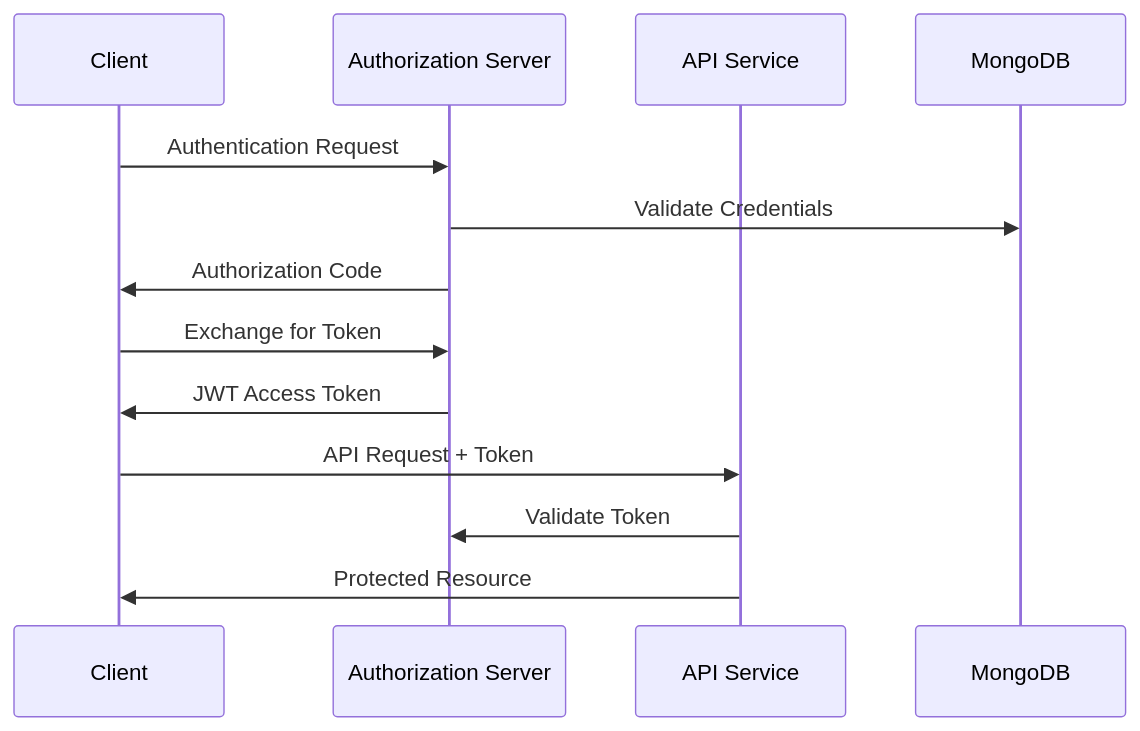
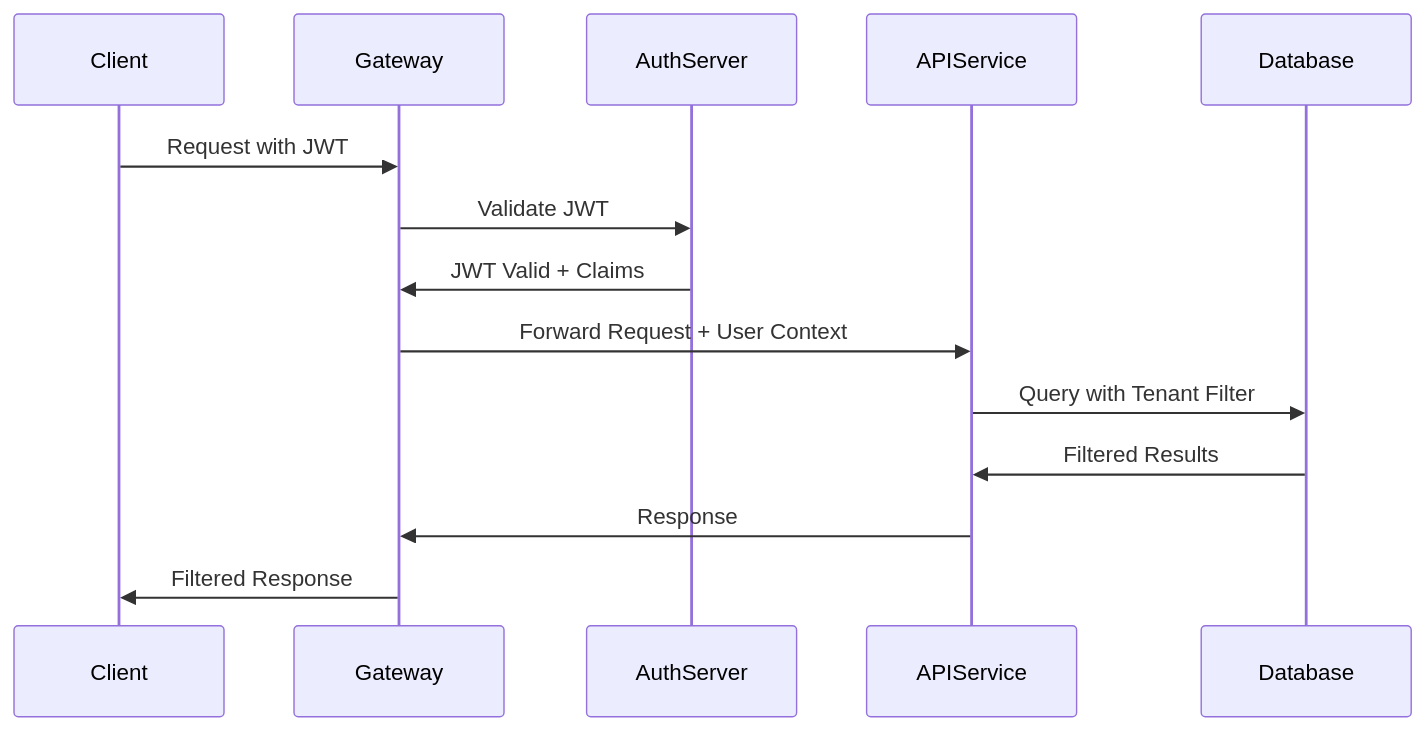
The eighth of 11 diagrams in docs/development/architecture/README.md (Praesto-Pro/openframe-oss-tenant), drawn with Mermaid before and after one commit. The commit also changed other lines of this file and 214 other files, not shown here.

````diff
--- a/docs/development/architecture/README.md
+++ b/docs/development/architecture/README.md
@@ -115,16 +391,17 @@
 ```mermaid
 sequenceDiagram
     participant Client
-    participant AuthServer as Authorization Server
-    participant ResourceServer as API Service
-    participant Database as MongoDB
-
-    Client->>AuthServer: Authentication Request
-    AuthServer->>Database: Validate Credentials
-    AuthServer->>Client: Authorization Code
-    Client->>AuthServer: Exchange for Token
-    AuthServer->>Client: JWT Access Token
-    Client->>ResourceServer: API Request + Token
-    ResourceServer->>AuthServer: Validate Token
-    ResourceServer->>Client: Protected Resource
+    participant Gateway
+    participant AuthServer
+    participant APIService
+    participant Database
+    
+    Client->>Gateway: Request with JWT
+    Gateway->>AuthServer: Validate JWT
+    AuthServer->>Gateway: JWT Valid + Claims
+    Gateway->>APIService: Forward Request + User Context
+    APIService->>Database: Query with Tenant Filter
+    Database->>APIService: Filtered Results
+    APIService->>Gateway: Response
+    Gateway->>Client: Filtered Response
 ```
````
